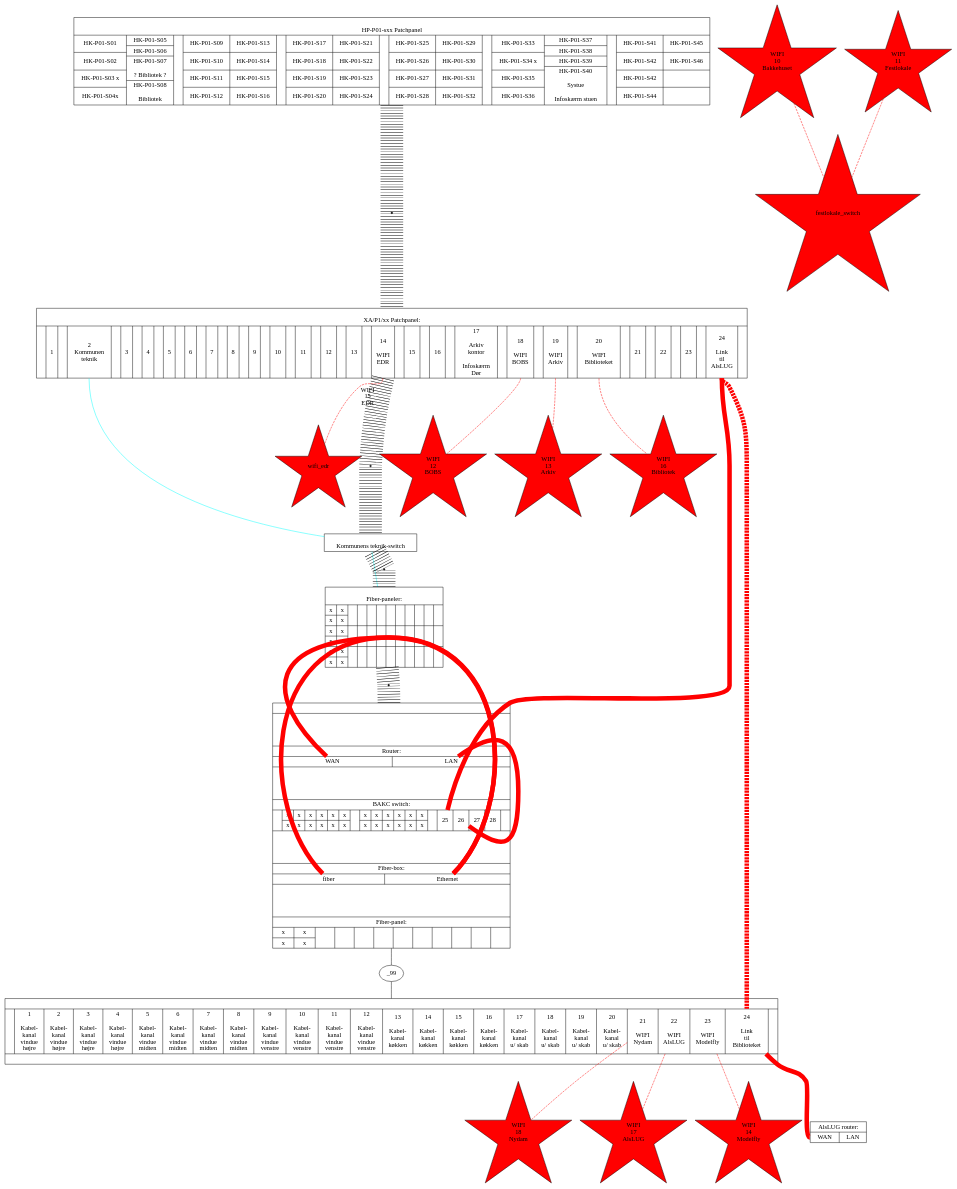
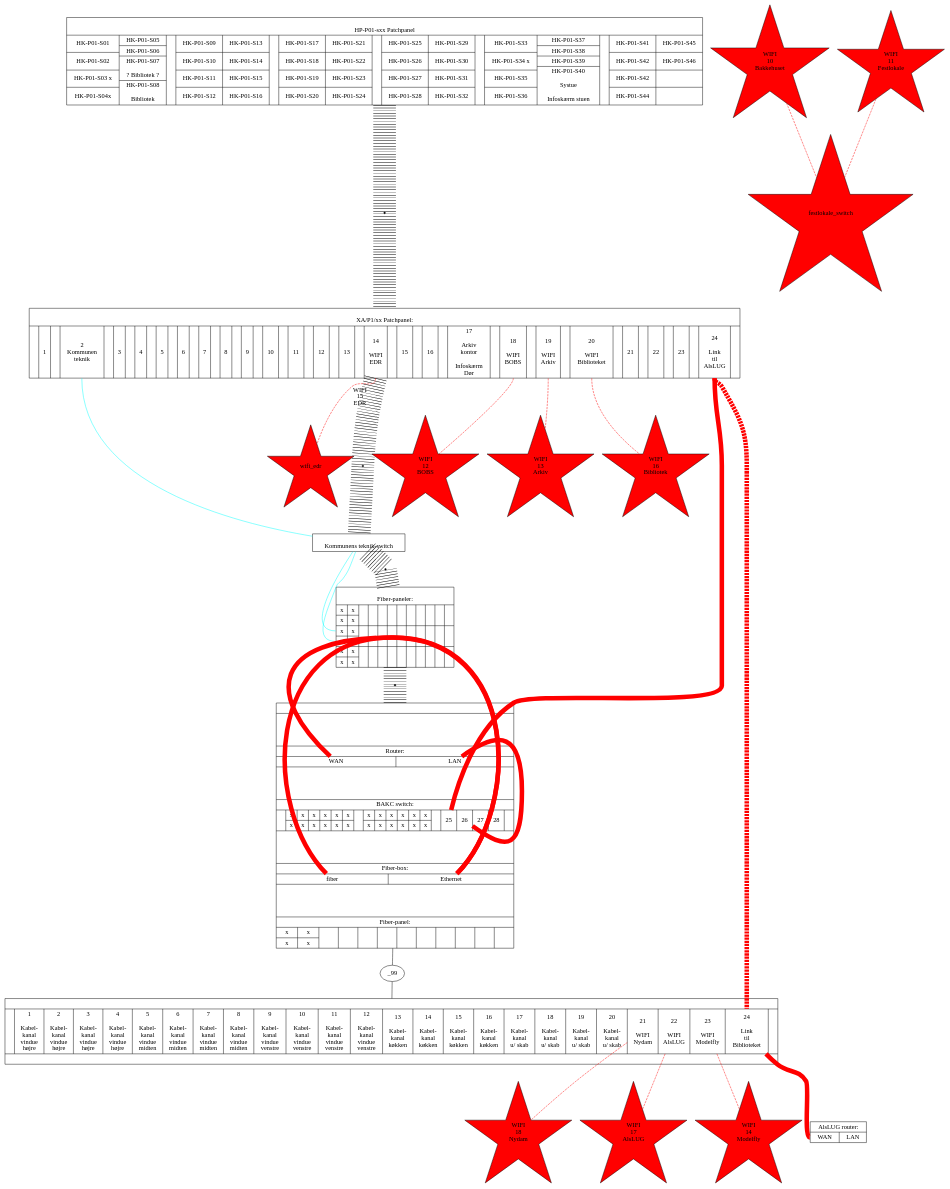
Before and after one commit to alslug/alslug.dk: the diagram in projekter/patch-paneler.dot, drawn with Graphviz.

```diff
--- a/projekter/patch-paneler.dot
+++ b/projekter/patch-paneler.dot
@@ -209,7 +209,8 @@
 					|}|
                                       }" ];
   
-  xa_p1:02 -> kommunens_teknikswitch -> { bib_fiberpaneler_1:kommune_fiber_1 bib_fiberpaneler_1:kommune_fiber_2 } [ color=cyan ];
+  xa_p1:02 -> kommunens_teknikswitch -> bib_fiberpaneler_1:kommune_fiber_1 [ color=cyan ];
+              kommunens_teknikswitch -> bib_fiberpaneler_1:kommune_fiber_2 [ color=cyan ];
   bib_skab:stofabox_ethernet -> bib_skab:stofabox_fiber [ color=red penwidth=10 ];
 
   alslug_router [ shape=record label="{AlsLUG router:|{<wan> WAN|<lan> LAN}}" ];
```
